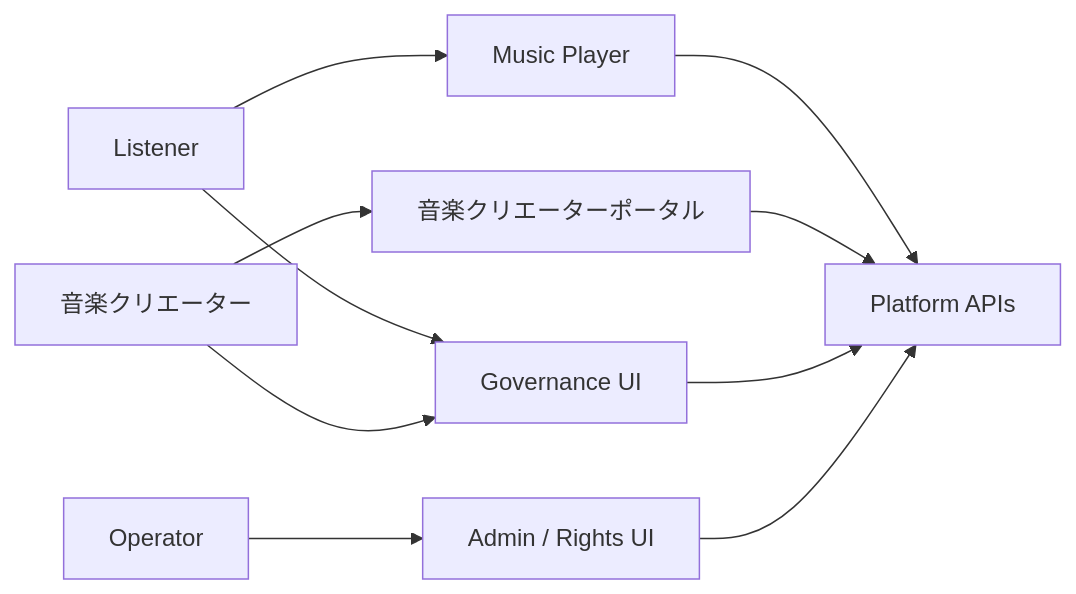
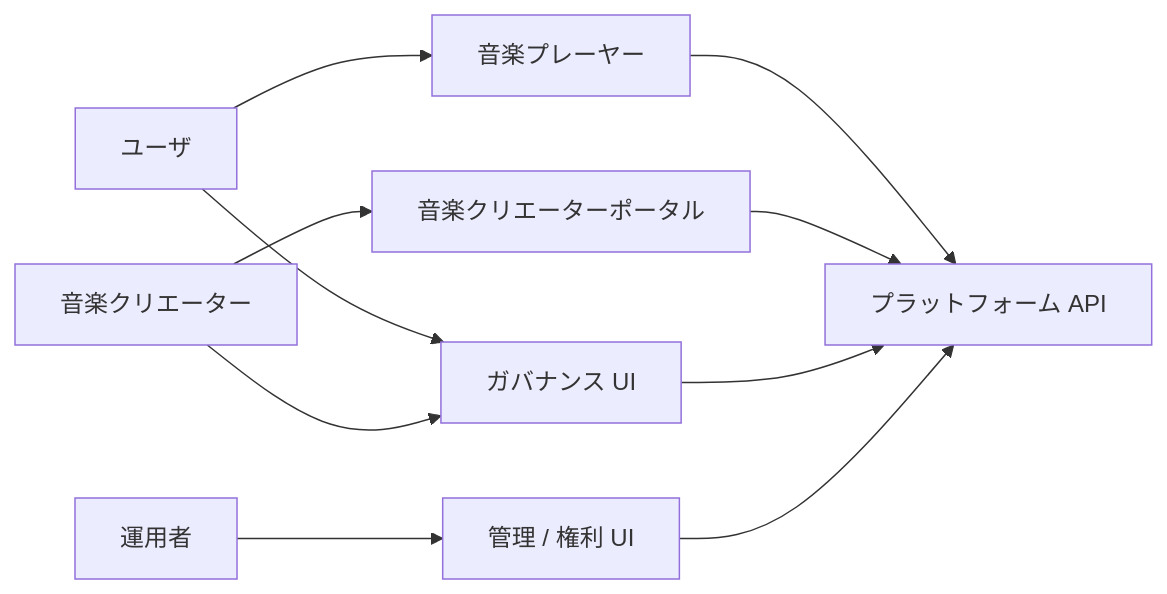
The third of 27 diagrams in docs/whitepaper/04-platform-architecture.md (ShigeichiroYamasaki/creator-first-platform), drawn with Mermaid before and after one commit. The commit also changed other lines of this file and 72 other files, not shown here.

````diff
--- a/docs/whitepaper/04-platform-architecture.md
+++ b/docs/whitepaper/04-platform-architecture.md
@@ -117,17 +117,17 @@
 ```mermaid
 flowchart LR
-    USER[Listener]
+    USER[ユーザ]
     CREATOR[音楽クリエーター]
-    ADMIN[Operator]
+    ADMIN[運用者]
 
-    USER --> PLAYER[Music Player]
+    USER --> PLAYER[音楽プレーヤー]
     CREATOR --> PORTAL[音楽クリエーターポータル]
-    USER --> GOVUI[Governance UI]
+    USER --> GOVUI[ガバナンス UI]
     CREATOR --> GOVUI
-    ADMIN --> ADMINUI[Admin / Rights UI]
+    ADMIN --> ADMINUI[管理 / 権利 UI]
 
-    PLAYER --> API[Platform APIs]
+    PLAYER --> API[プラットフォーム API]
     PORTAL --> API
     GOVUI --> API
     ADMINUI --> API
 ```
````
